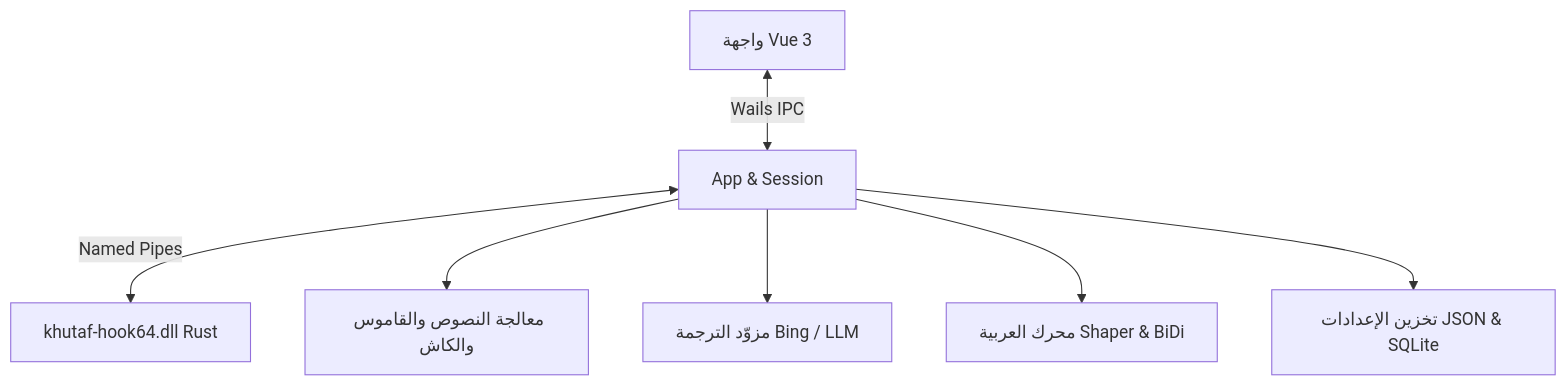
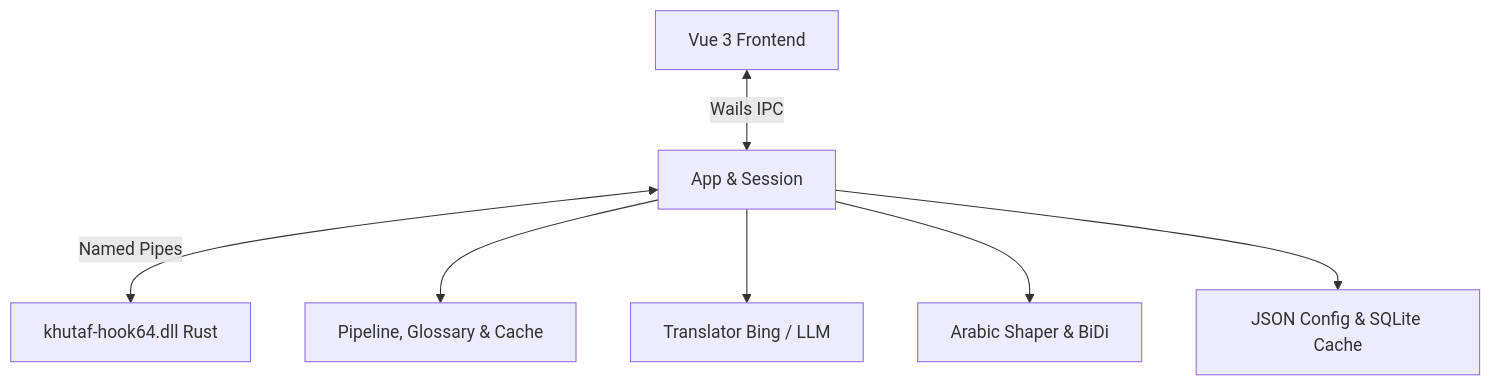
Before and after one commit to MohammadAboulEla/Khutaf: the diagram in README.md, drawn with Mermaid. The commit also changed other lines of this file and 2 other files, not shown here.

````diff
--- a/README.md
+++ b/README.md
@@ -68,9 +68,9 @@
 ```mermaid
 graph TD
-    A[واجهة Vue 3] <-->|Wails IPC| B[App & Session]
+    A[Vue 3 Frontend] <-->|Wails IPC| B[App & Session]
     B <-->|Named Pipes| C[khutaf-hook64.dll Rust]
-    B --> D[معالجة النصوص والقاموس والكاش]
-    B --> E[مزوّد الترجمة Bing / LLM]
-    B --> F[محرك العربية Shaper & BiDi]
-    B --> G[تخزين الإعدادات JSON & SQLite]
+    B --> D[Pipeline, Glossary & Cache]
+    B --> E[Translator Bing / LLM]
+    B --> F[Arabic Shaper & BiDi]
+    B --> G[JSON Config & SQLite Cache]
 ```
````
